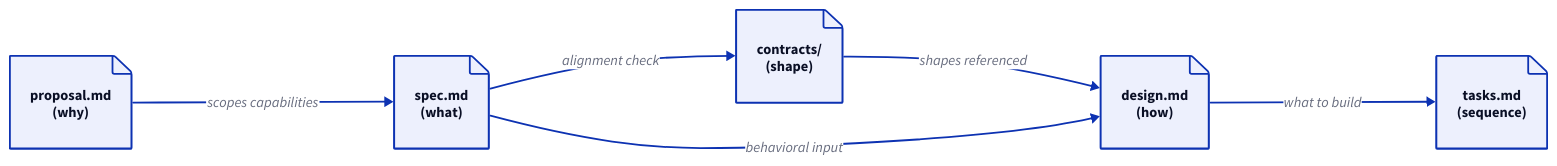
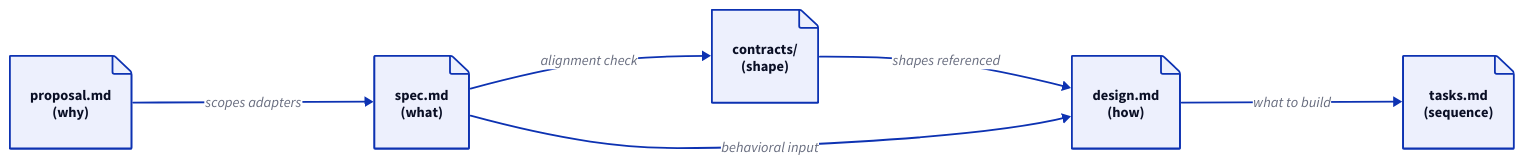
Before and after one commit to augentic/anvil: the diagram in docs/explanation/artifacts.md, drawn with D2. The commit also changed other lines of this file and 425 other files, not shown here.

````diff
--- a/docs/explanation/artifacts.md
+++ b/docs/explanation/artifacts.md
@@ -9,15 +9,15 @@
 ```d2
 direction: right
 
 proposal: "proposal.md\n(why)" {shape: page}
 specs: "spec.md\n(what)" {shape: page}
 contracts: "contracts/\n(shape)" {shape: page}
 design: "design.md\n(how)" {shape: page}
 tasks: "tasks.md\n(sequence)" {shape: page}
 
-proposal -> specs: "scopes capabilities"
+proposal -> specs: "scopes adapters"
 specs -> contracts: "alignment check"
 contracts -> design: "shapes referenced"
 specs -> design: "behavioral input"
 design -> tasks: "what to build"
 ```
````
